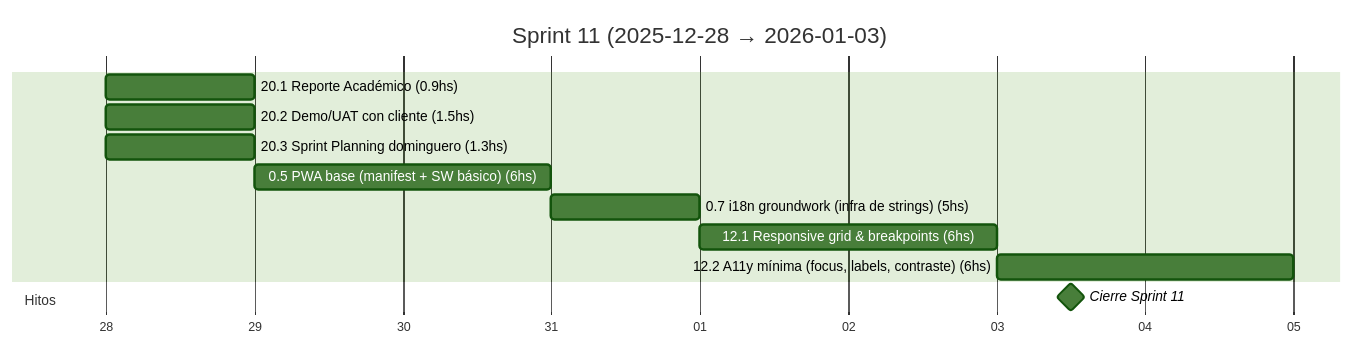
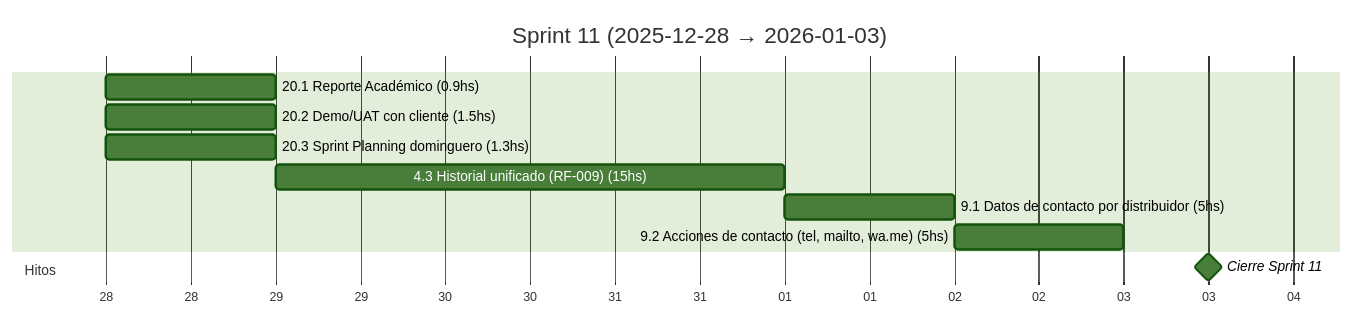
One commit to MarkMed/FleetMan changed diagram 12 of 19 in docs/SprintsGantts.md. Above: the diagram before and after it, drawn with Mermaid (forest theme). The commit also changed other lines of this file and 1 other file, not shown here.

````diff
--- a/docs/SprintsGantts.md
+++ b/docs/SprintsGantts.md
@@ -298,19 +298,18 @@
 ```mermaid
 gantt
   title Sprint 11 (2025-12-28 → 2026-01-03)
   dateFormat  YYYY-MM-DD
   axisFormat  %d
 
   %% Asumimos 5 h/día. Horas estimadas incluidas en el nombre.
 
   20.1 Reporte Académico (0.9hs)               :t201, 2025-12-28, 1d
   20.2 Demo/UAT con cliente (1.5hs)            :t202, 2025-12-28, 1d
   20.3 Sprint Planning dominguero (1.3hs)      :t203, 2025-12-28, 1d
-  0.5 PWA base (manifest + SW básico) (6hs)    :t05, after t203, 2d
-  0.7 i18n groundwork (infra de strings) (5hs) :t07, after t05, 1d
-  12.1 Responsive grid & breakpoints (6hs)     :t121, after t07, 2d
-  12.2 A11y mínima (focus, labels, contraste) (6hs) :t122, after t121, 2d
+  4.3 Historial unificado (RF-009) (15hs)      :t43, after t203, 3d
+  9.1 Datos de contacto por distribuidor (5hs) :t91, after t43, 1d
+  9.2 Acciones de contacto (tel, mailto, wa.me) (5hs) :t92, after t91, 1d
 
   section Hitos
   Cierre Sprint 11                             :milestone, s11, 2026-01-03, 1d
 ```
````
